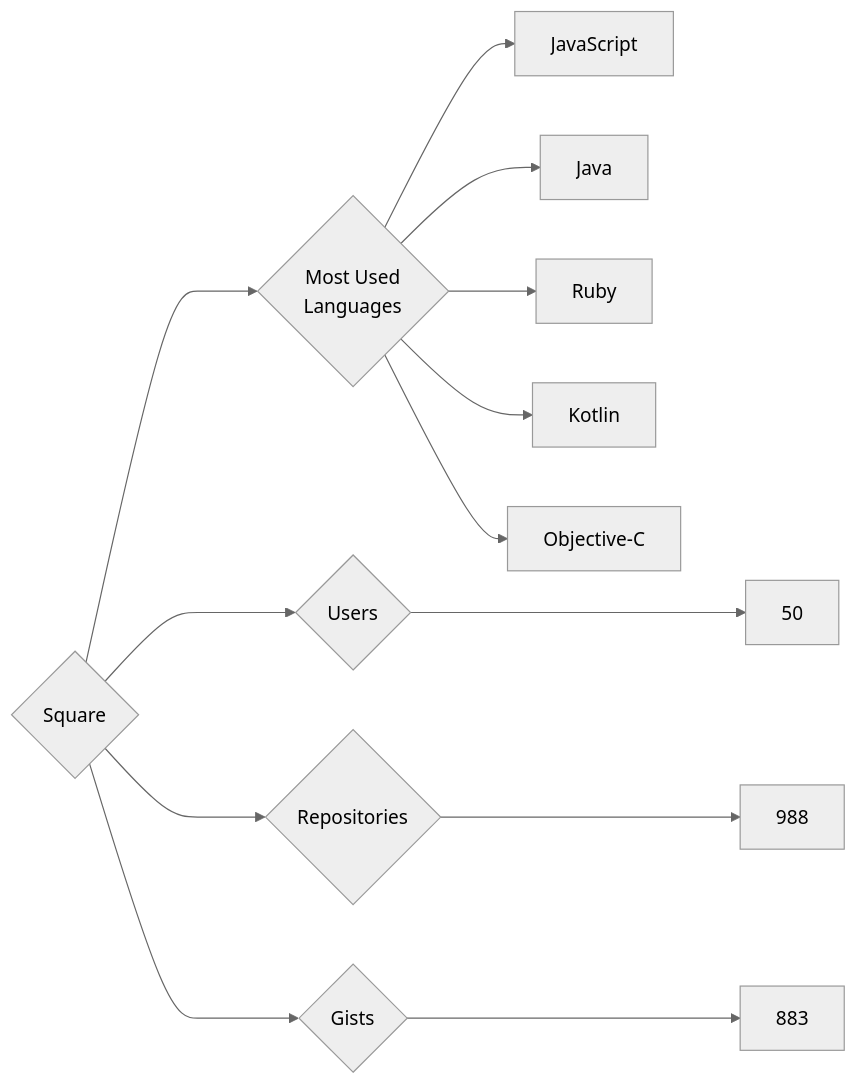
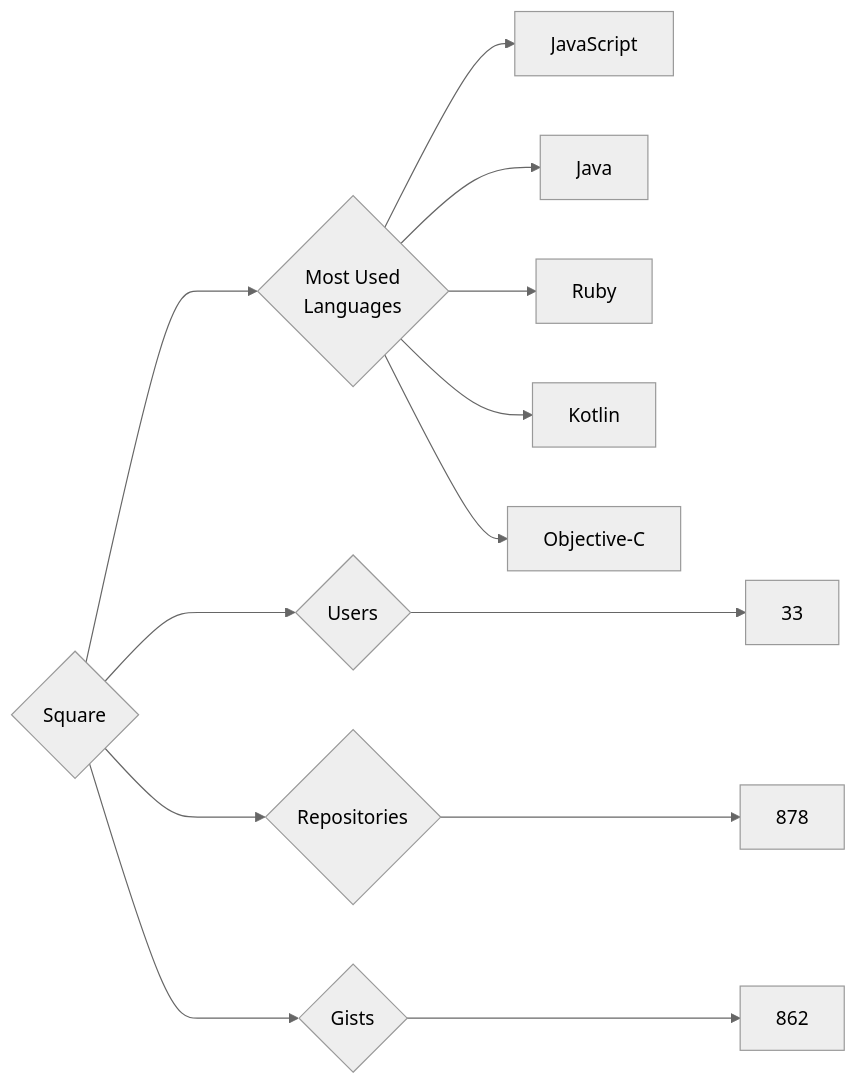
Before and after one commit to trickest/insiders: the diagram in targets/Square/README.md, drawn with Mermaid (neutral theme). The commit also changed 912 other files, not shown here.

````diff
--- a/targets/Square/README.md
+++ b/targets/Square/README.md
@@ -3,13 +3,13 @@
 ```mermaid
 graph LR
 COMPANY_NAME{Square}
-COMPANY_NAME ---> U{Users} ---> UN[50]
-COMPANY_NAME ---> R{Repositories} ---> RN[988]
-COMPANY_NAME ---> G{Gists} ---> GN[883]
+COMPANY_NAME ---> U{Users} ---> UN[33]
+COMPANY_NAME ---> R{Repositories} ---> RN[878]
+COMPANY_NAME ---> G{Gists} ---> GN[862]
 COMPANY_NAME ---> ML{Most Used<br>Languages}
 ML --> JavaScript[JavaScript]
 ML --> Java[Java]
 ML --> Ruby[Ruby]
 ML --> Kotlin[Kotlin]
 ML --> Objective-C[Objective-C]
 ```
````
